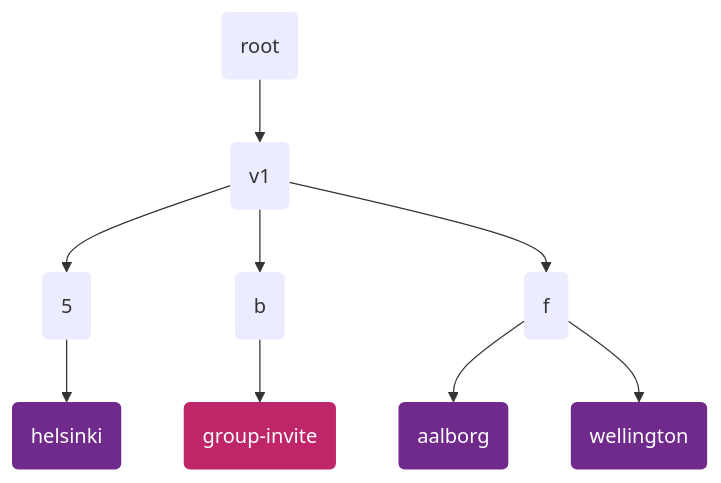
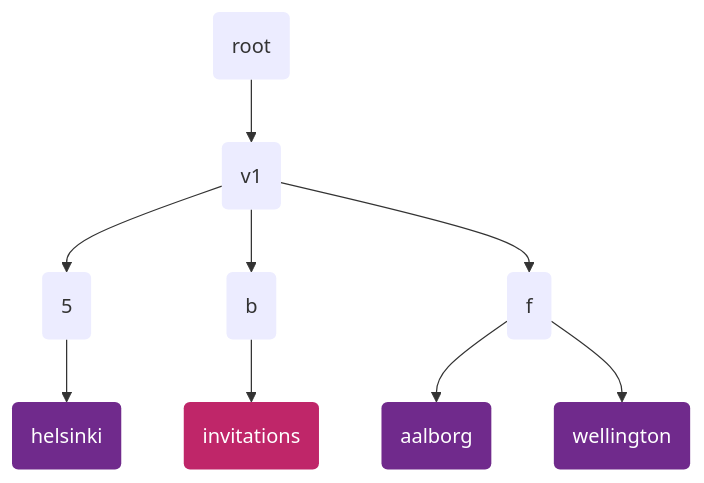
Before and after one commit to ssbc/ssb-meta-feeds-group-spec: the first of 4 diagrams in README.md, drawn with Mermaid. The commit also changed other lines of this file and 1 other file, not shown here.

````diff
--- a/README.md
+++ b/README.md
@@ -35,20 +58,20 @@
 ```mermaid
 graph TB
 
 root(root)
 v1(v1)
 5(5) & b(b) & f(f)
-group-invite(group-invite):::groupInvite
+invitations(invitations):::groupInvite
 aalborg(aalborg):::group
 helsinki(helsinki):::group
 wellington(wellington):::group
 
 root --> v1 --> 5 --> helsinki
-         v1 --> b --> group-invite
+         v1 --> b --> invitations
          v1 --> f --> aalborg
                 f --> wellington
 
 classDef default stroke:none;
 classDef groupInvite fill: #BF2669, stroke:none, color:white;
 classDef group fill: #702A8C, stroke: none, color:white;
 ```
````
